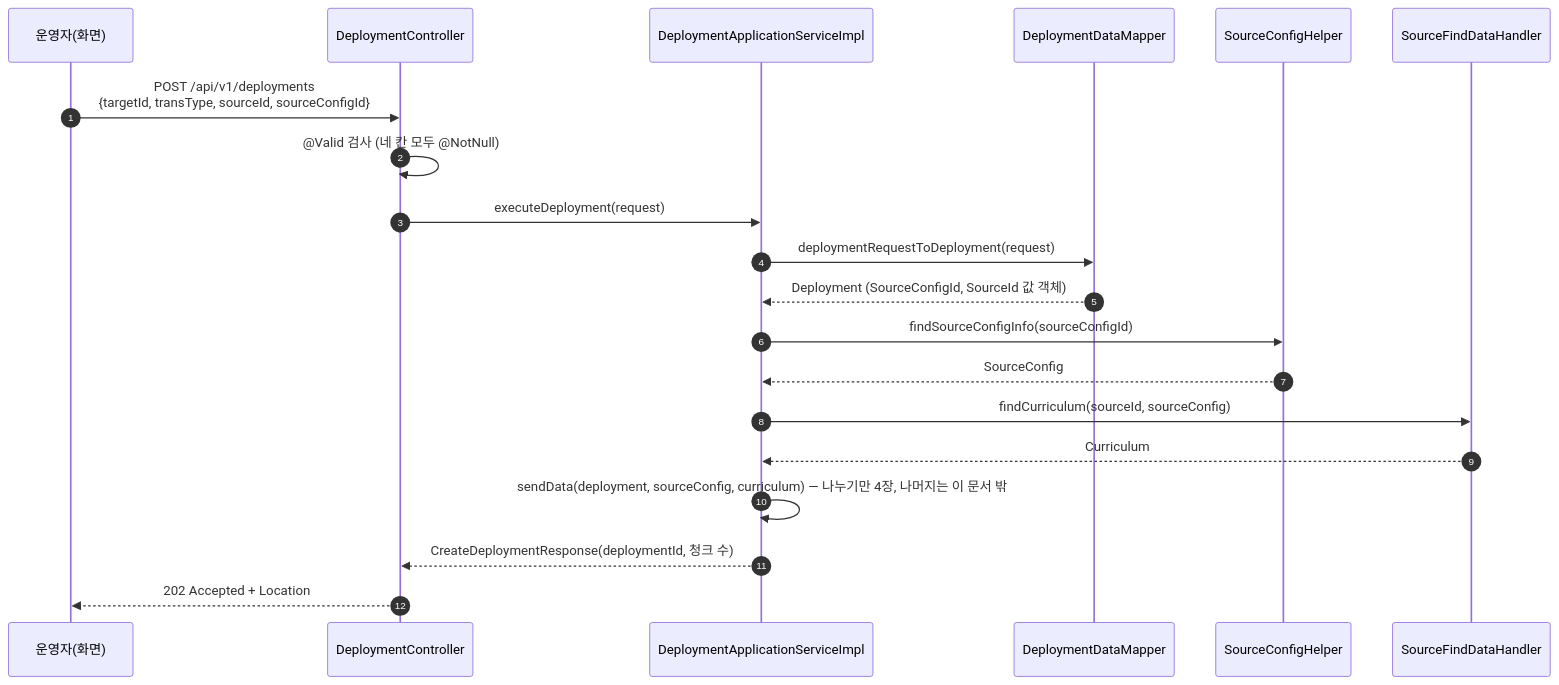
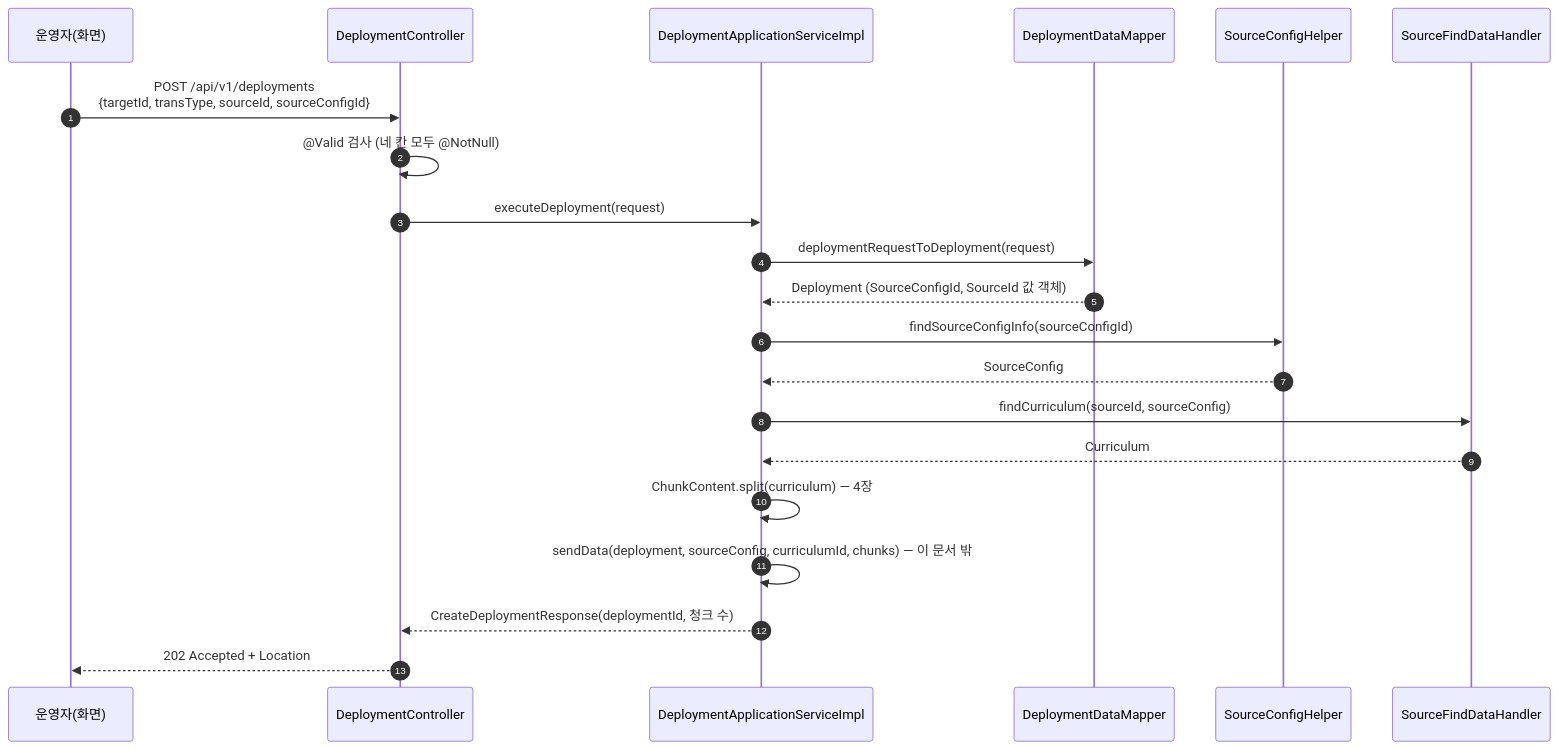
One commit to brunosong/transfersystem changed the third of 15 diagrams in docs/system/source-read.md. Above: the diagram before and after it, drawn with Mermaid. The commit also changed other lines of this file and 6 other files, not shown here.

````diff
--- a/docs/system/source-read.md
+++ b/docs/system/source-read.md
@@ -83,23 +81,24 @@
 ```mermaid
 sequenceDiagram
   autonumber
   participant OP as 운영자(화면)
   participant C as DeploymentController
   participant S as DeploymentApplicationServiceImpl
   participant M as DeploymentDataMapper
   participant CH as SourceConfigHelper
   participant H as SourceFindDataHandler
 
   OP->>C: POST /api/v1/deployments<br/>{targetId, transType, sourceId, sourceConfigId}
   C->>C: @Valid 검사 (네 칸 모두 @NotNull)
   C->>S: executeDeployment(request)
   S->>M: deploymentRequestToDeployment(request)
   M-->>S: Deployment (SourceConfigId, SourceId 값 객체)
   S->>CH: findSourceConfigInfo(sourceConfigId)
   CH-->>S: SourceConfig
   S->>H: findCurriculum(sourceId, sourceConfig)
   H-->>S: Curriculum
-  S->>S: sendData(deployment, sourceConfig, curriculum) — 나누기만 4장, 나머지는 이 문서 밖
+  S->>S: ChunkContent.split(curriculum) — 4장
+  S->>S: sendData(deployment, sourceConfig, curriculumId, chunks) — 이 문서 밖
   S-->>C: CreateDeploymentResponse(deploymentId, 청크 수)
   C-->>OP: 202 Accepted + Location
 ```
````
